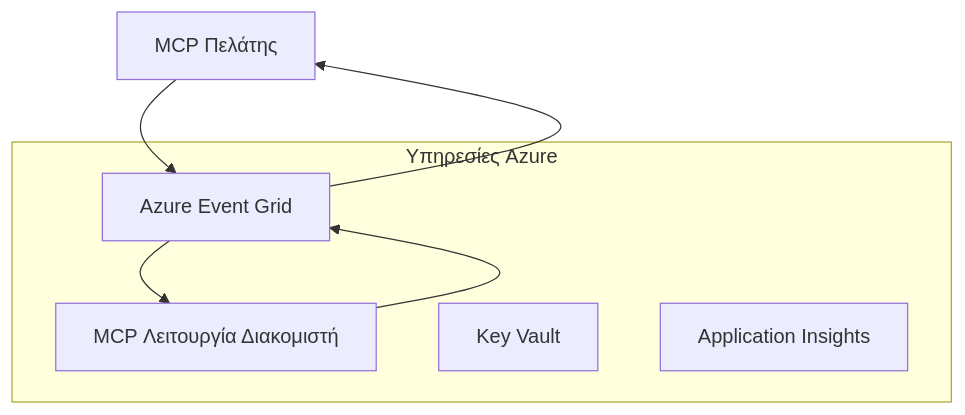
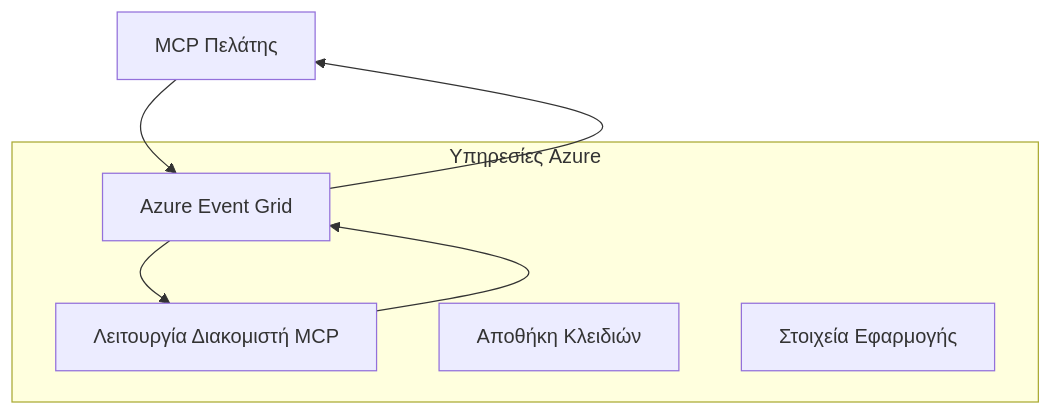
Before and after one commit to HIDORAKAI002/ai-workspace-archive: the first of 2 diagrams in mcp_ecosystem__model_context_protocol/mcp_learning_resources/mcp-for-beginners/translations/el/05-AdvancedTopics/mcp-transport/README.md, drawn with Mermaid. The commit also changed other lines of this file and 1539 other files, not shown here.

````diff
--- a/mcp_ecosystem__model_context_protocol/mcp_learning_resources/mcp-for-beginners/translations/el/05-AdvancedTopics/mcp-transport/README.md
+++ b/mcp_ecosystem__model_context_protocol/mcp_learning_resources/mcp-for-beginners/translations/el/05-AdvancedTopics/mcp-transport/README.md
@@ -58,14 +58,14 @@
 ```mermaid
 graph TB
     Client[MCP Πελάτης] --> EG[Azure Event Grid]
-    EG --> Server[MCP Λειτουργία Διακομιστή]
+    EG --> Server[Λειτουργία Διακομιστή MCP]
     Server --> EG
     EG --> Client
     
     subgraph "Υπηρεσίες Azure"
         EG
         Server
-        KV[Key Vault]
-        Monitor[Application Insights]
+        KV[Αποθήκη Κλειδιών]
+        Monitor[Στοιχεία Εφαρμογής]
     end
 ```
````
